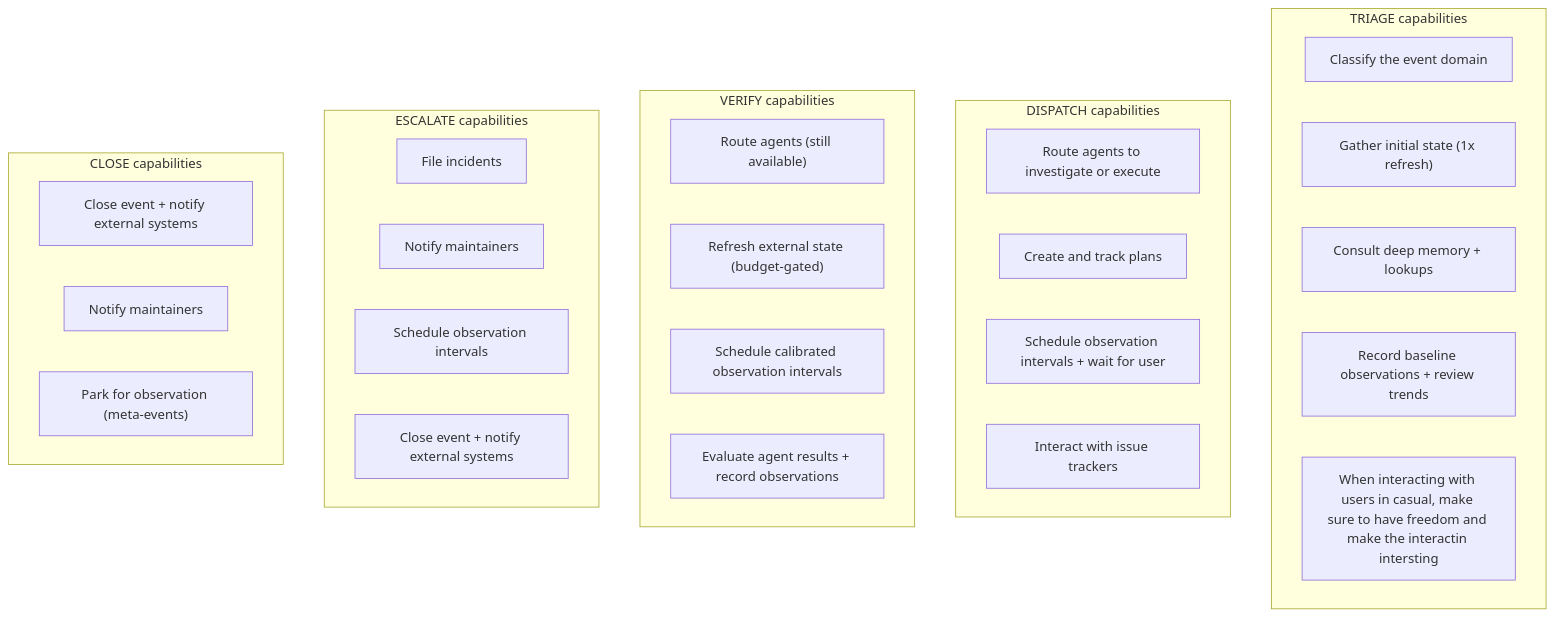
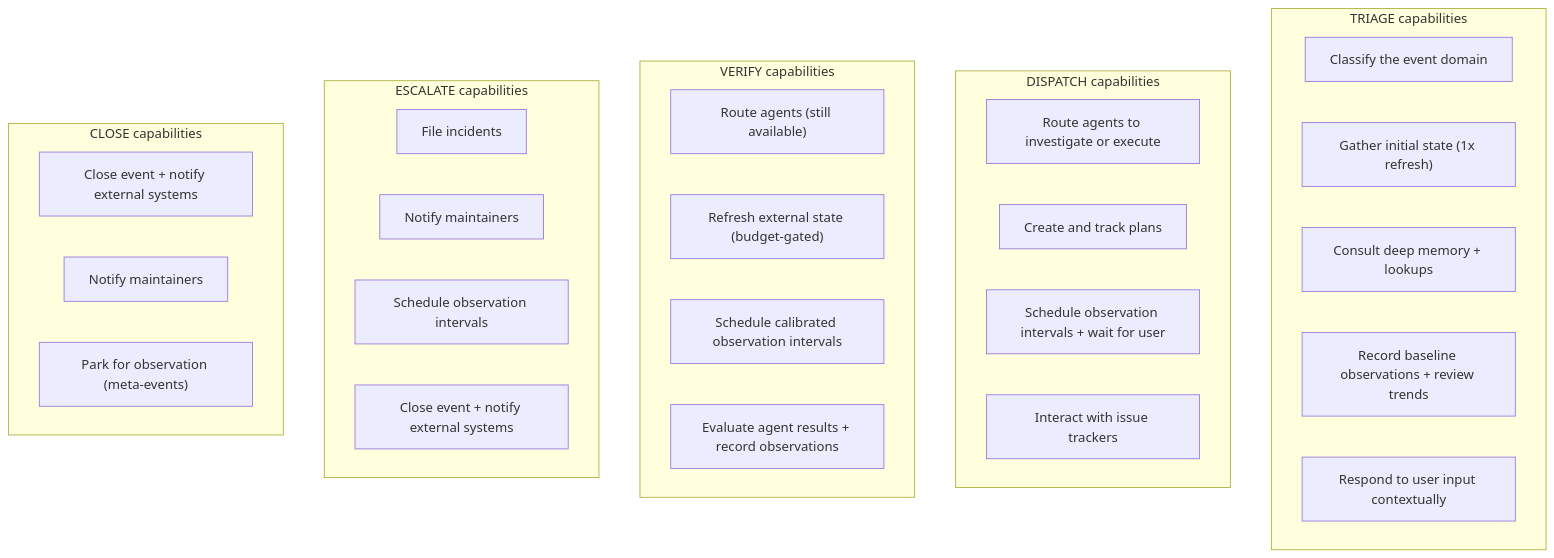
The third of 5 diagrams in src/agents/brain_skills/always/09-phase-lifecycle.md (The-Darwin-Project/Blackboard), drawn with Mermaid before and after one commit. The commit also changed 19 other files, not shown here.

````diff
--- a/src/agents/brain_skills/always/09-phase-lifecycle.md
+++ b/src/agents/brain_skills/always/09-phase-lifecycle.md
@@ -75,37 +75,37 @@
 ```mermaid
 graph TD
     subgraph triage ["TRIAGE capabilities"]
         T1["Classify the event domain"]
         T2["Gather initial state (1x refresh)"]
         T3["Consult deep memory + lookups"]
         T4["Record baseline observations + review trends"]
-        T5["When interacting with users in casual, make sure to have freedom and make the interactin intersting"]
+        T5["Respond to user input contextually"]
     end
 
     subgraph dispatch ["DISPATCH capabilities"]
         D1["Route agents to investigate or execute"]
         D2["Create and track plans"]
         D3["Schedule observation intervals + wait for user"]
         D4["Interact with issue trackers"]
     end
 
     subgraph verify ["VERIFY capabilities"]
         D1b["Route agents (still available)"]
         V1["Refresh external state (budget-gated)"]
         V2["Schedule calibrated observation intervals"]
         V3["Evaluate agent results + record observations"]
     end
 
     subgraph escalateTools ["ESCALATE capabilities"]
         E1["File incidents"]
         E2["Notify maintainers"]
         E3["Schedule observation intervals"]
         E4["Close event + notify external systems"]
     end
 
     subgraph closeTools ["CLOSE capabilities"]
         C1["Close event + notify external systems"]
         C2["Notify maintainers"]
         C3["Park for observation (meta-events)"]
     end
 ```
````
